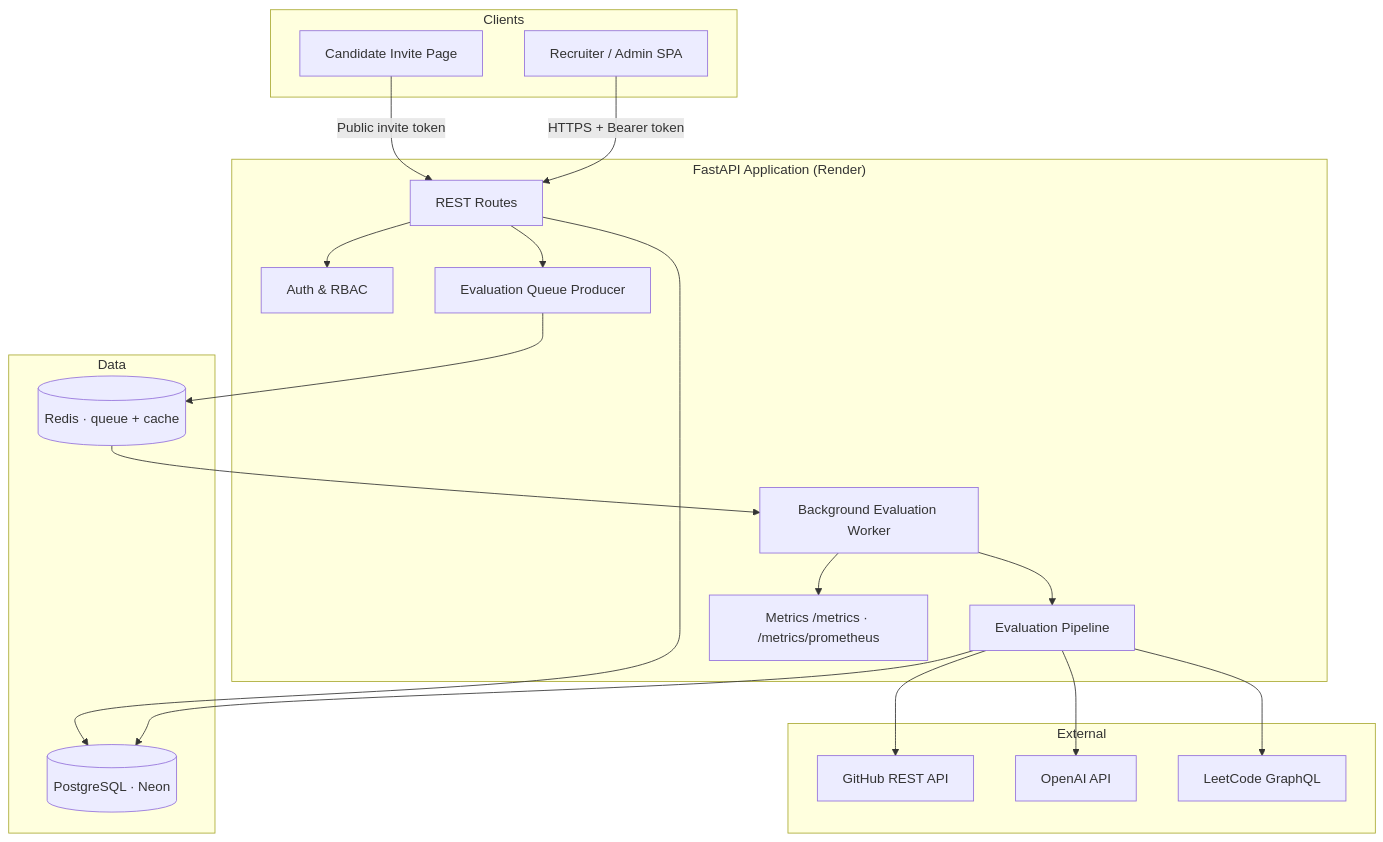
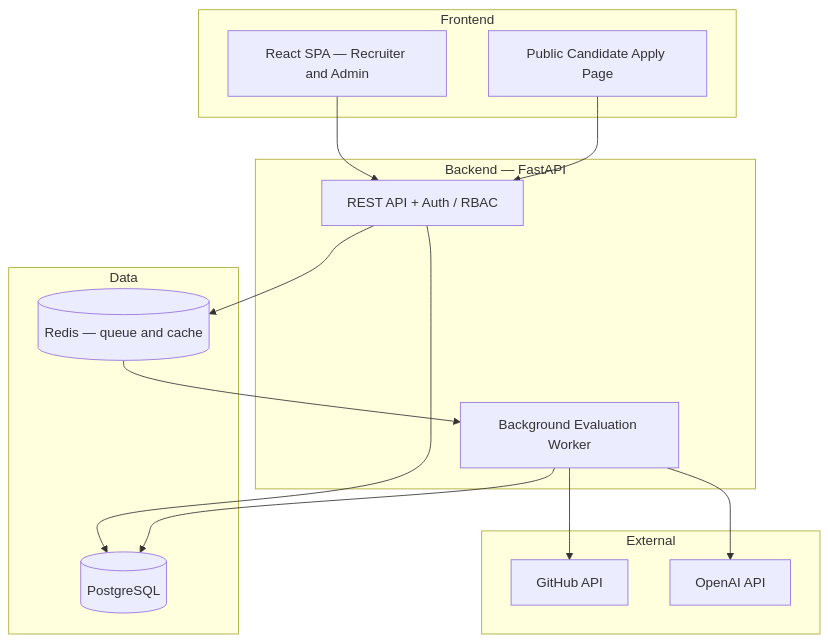
The first of 2 diagrams in README.md (chinmai-sd-123/SIgnal_Stack), drawn with Mermaid before and after one commit. The commit also changed other lines of this file, not shown here.

First line of the commit message:
Simplify README diagrams and reframe as a personal project

````diff
--- a/README.md
+++ b/README.md
@@ -21,41 +27,31 @@
 ```mermaid
 flowchart TB
-    subgraph Clients
-        R[Recruiter / Admin SPA]
-        C[Candidate Invite Page]
+    subgraph Frontend
+        SPA["React SPA — Recruiter and Admin"]
+        APPLY["Public Candidate Apply Page"]
     end
 
-    subgraph API["FastAPI Application (Render)"]
-        AUTH[Auth & RBAC]
-        ROUTES[REST Routes]
-        QUEUE[Evaluation Queue Producer]
-        WORKER[Background Evaluation Worker]
-        PIPE[Evaluation Pipeline]
-        METRICS["Metrics /metrics · /metrics/prometheus"]
+    subgraph Backend["Backend — FastAPI"]
+        API["REST API + Auth / RBAC"]
+        WORKER["Background Evaluation Worker"]
     end
 
     subgraph Data
-        PG[(PostgreSQL · Neon)]
-        REDIS[(Redis · queue + cache)]
+        DB[("PostgreSQL")]
+        REDIS[("Redis — queue and cache")]
     end
 
     subgraph External
-        GH[GitHub REST API]
-        OAI[OpenAI API]
-        LC[LeetCode GraphQL]
+        GH["GitHub API"]
+        OAI["OpenAI API"]
     end
 
-    R -->|HTTPS + Bearer token| ROUTES
-    C -->|Public invite token| ROUTES
-    ROUTES --> AUTH
-    ROUTES --> QUEUE
-    QUEUE --> REDIS
+    SPA --> API
+    APPLY --> API
+    API --> DB
+    API --> REDIS
     REDIS --> WORKER
-    WORKER --> PIPE
-    PIPE --> GH
-    PIPE --> OAI
-    PIPE --> LC
-    PIPE --> PG
-    ROUTES --> PG
-    WORKER --> METRICS
+    WORKER --> DB
+    WORKER --> GH
+    WORKER --> OAI
 ```
````
